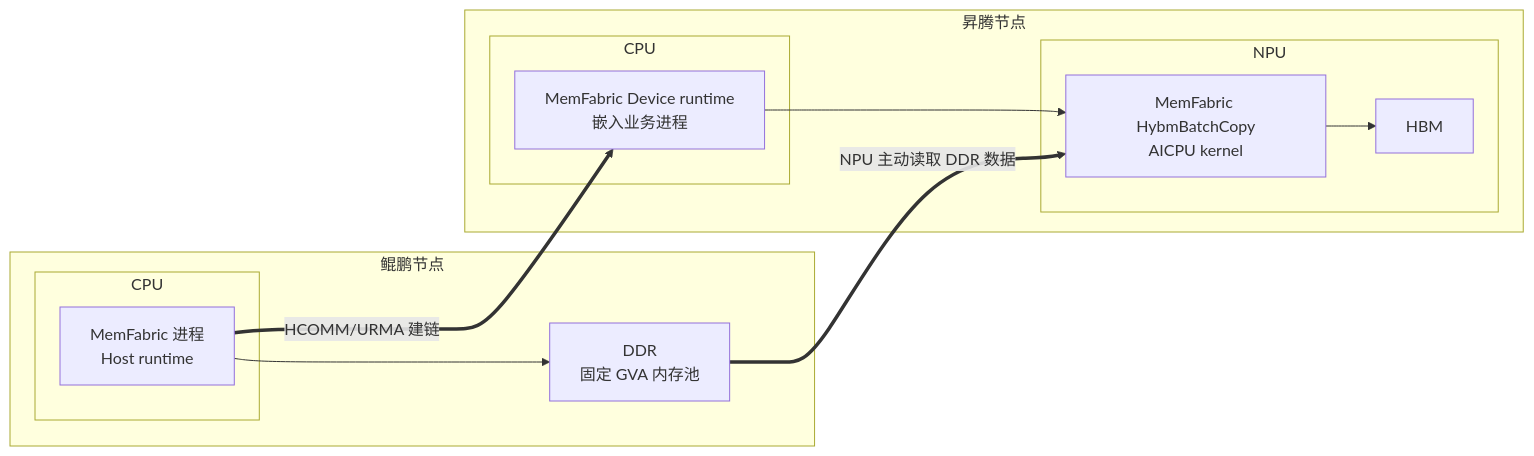
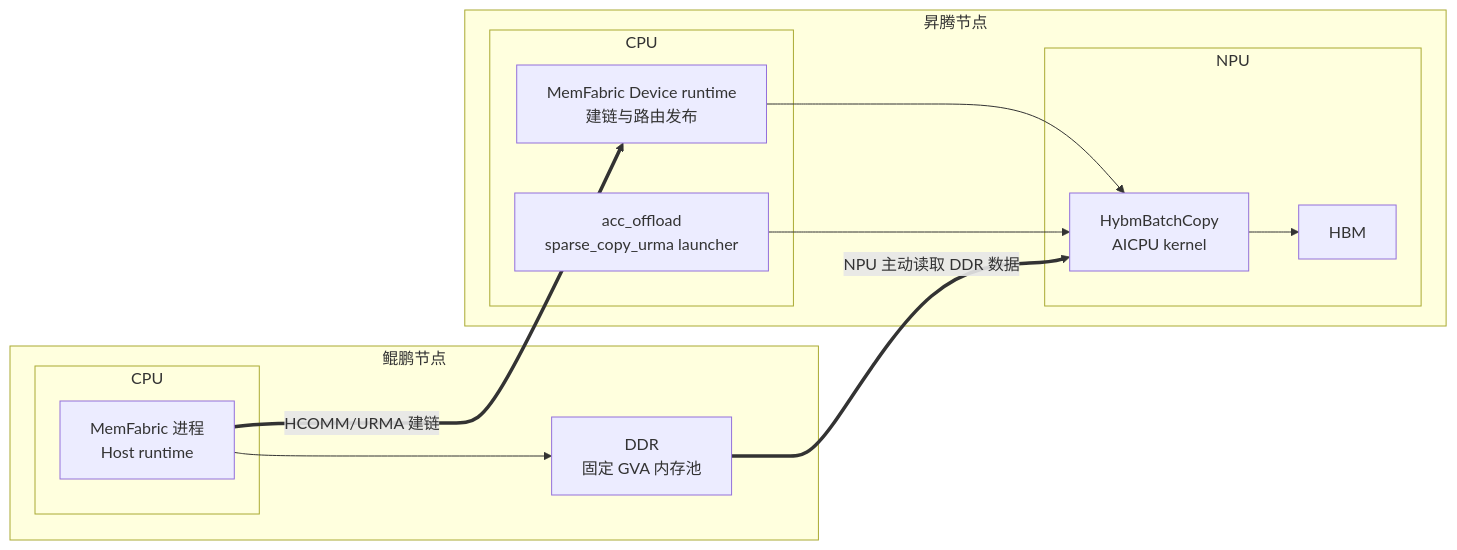
One commit to NoCoder0/memfabric_hybrid changed the second of 4 diagrams in docs/batch_copy_aicpu_urma_design.md. Above: the diagram before and after it, drawn with Mermaid. The commit also changed other lines of this file and 1 other file, not shown here.

````diff
--- a/docs/batch_copy_aicpu_urma_design.md
+++ b/docs/batch_copy_aicpu_urma_design.md
@@ -118,25 +138,27 @@
 ```mermaid
 flowchart LR
     subgraph K["鲲鹏节点"]
         subgraph KC["CPU"]
             KMF["MemFabric 进程<br/>Host runtime"]
         end
         KDDR["DDR<br/>固定 GVA 内存池"]
         KMF --> KDDR
     end
 
     subgraph A["昇腾节点"]
         subgraph AC["CPU"]
-            AMF["MemFabric Device runtime<br/>嵌入业务进程"]
+            AMF["MemFabric Device runtime<br/>建链与路由发布"]
+            AO["acc_offload<br/>sparse_copy_urma launcher"]
         end
         subgraph AN["NPU"]
-            OP["MemFabric HybmBatchCopy<br/>AICPU kernel"]
+            OP["HybmBatchCopy<br/>AICPU kernel"]
             HBM["HBM"]
             OP --> HBM
         end
         AMF --> OP
+        AO --> OP
     end
 
     KMF ==>|"HCOMM/URMA 建链"| AMF
     KDDR ==>|"NPU 主动读取 DDR 数据"| OP
 ```
````
